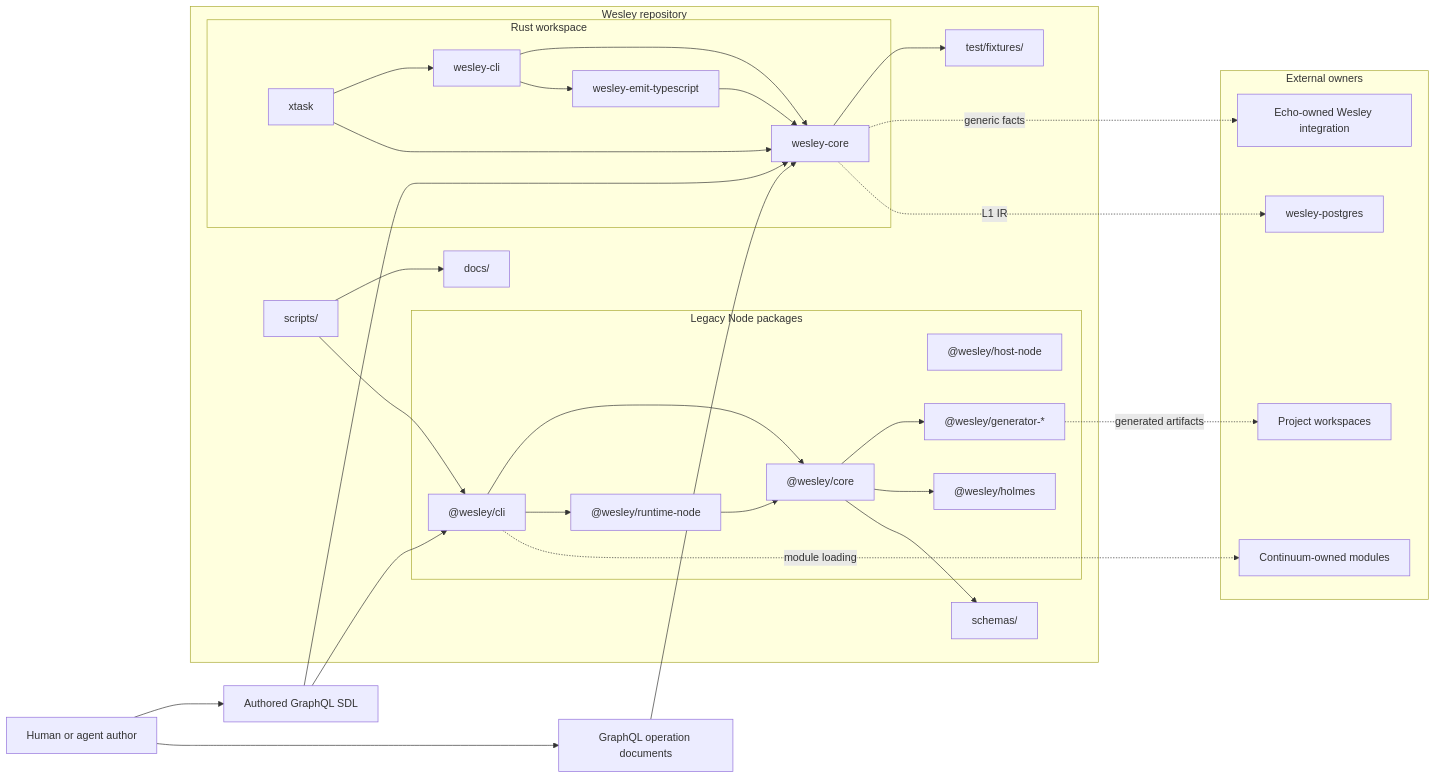
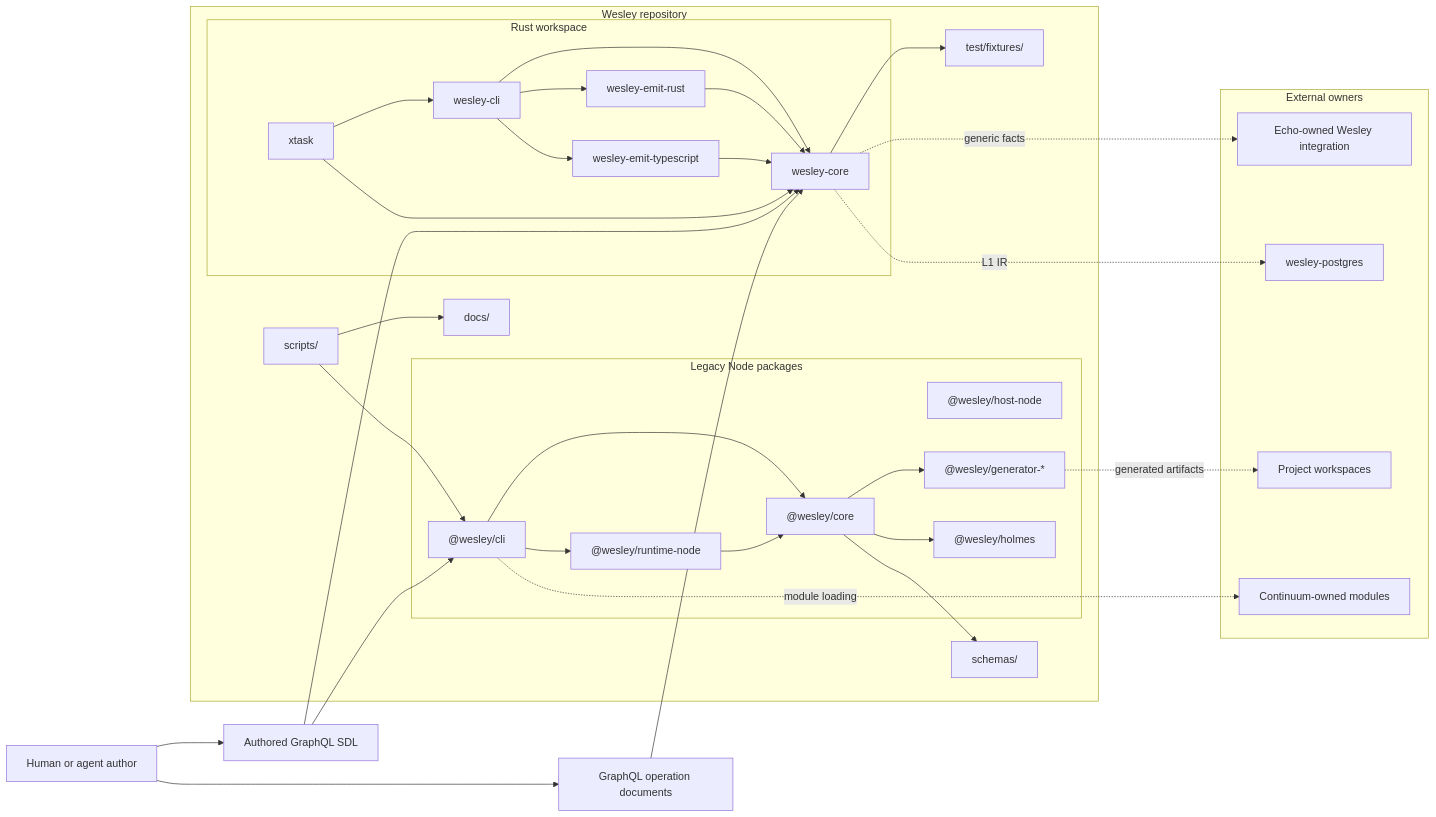
Before and after one commit to flyingrobots/wesley: the first of 9 diagrams in docs/ARCHITECTURE.md, drawn with Mermaid. The commit also changed other lines of this file and 15 other files, not shown here.

Commit message:
feat(emit): add rust model emitter

````diff
--- a/docs/ARCHITECTURE.md
+++ b/docs/ARCHITECTURE.md
@@ -49,60 +49,63 @@
 ```mermaid
 flowchart LR
     Author[Human or agent author] --> SDL[Authored GraphQL SDL]
     Author --> OP[GraphQL operation documents]
 
     subgraph WesleyRepo["Wesley repository"]
         subgraph Rust["Rust workspace"]
             Core[wesley-core]
+            RustEmitter[wesley-emit-rust]
             TsEmitter[wesley-emit-typescript]
             NativeCli[wesley-cli]
             Xtask[xtask]
         end
 
         subgraph Node["Legacy Node packages"]
             JsCore["@wesley/core"]
             JsCli["@wesley/cli"]
             Runtime["@wesley/runtime-node"]
             HostNode["@wesley/host-node"]
             Generators["@wesley/generator-*"]
             Holmes["@wesley/holmes"]
         end
 
         Docs[docs/]
         Schemas[schemas/]
         Fixtures[test/fixtures/]
         Scripts[scripts/]
     end
 
     subgraph External["External owners"]
         Echo[Echo-owned Wesley integration]
         Postgres[wesley-postgres]
         Continuum[Continuum-owned modules]
         Apps[Project workspaces]
     end
 
     SDL --> Core
     OP --> Core
     NativeCli --> Core
+    NativeCli --> RustEmitter
     NativeCli --> TsEmitter
+    RustEmitter --> Core
     TsEmitter --> Core
     Xtask --> NativeCli
     Xtask --> Core
 
     SDL --> JsCli
     JsCli --> JsCore
     JsCli --> Runtime
     Runtime --> JsCore
     JsCore --> Generators
     JsCore --> Holmes
 
     Core --> Fixtures
     JsCore --> Schemas
     Scripts --> Docs
     Scripts --> JsCli
 
     Core -. generic facts .-> Echo
     Core -. L1 IR .-> Postgres
     JsCli -. module loading .-> Continuum
     Generators -. generated artifacts .-> Apps
 ```
````
